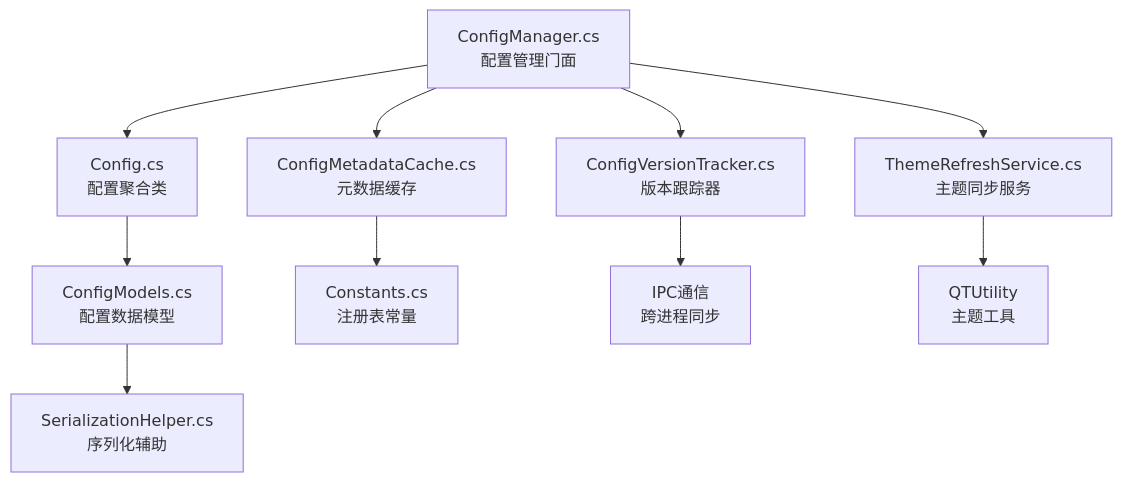
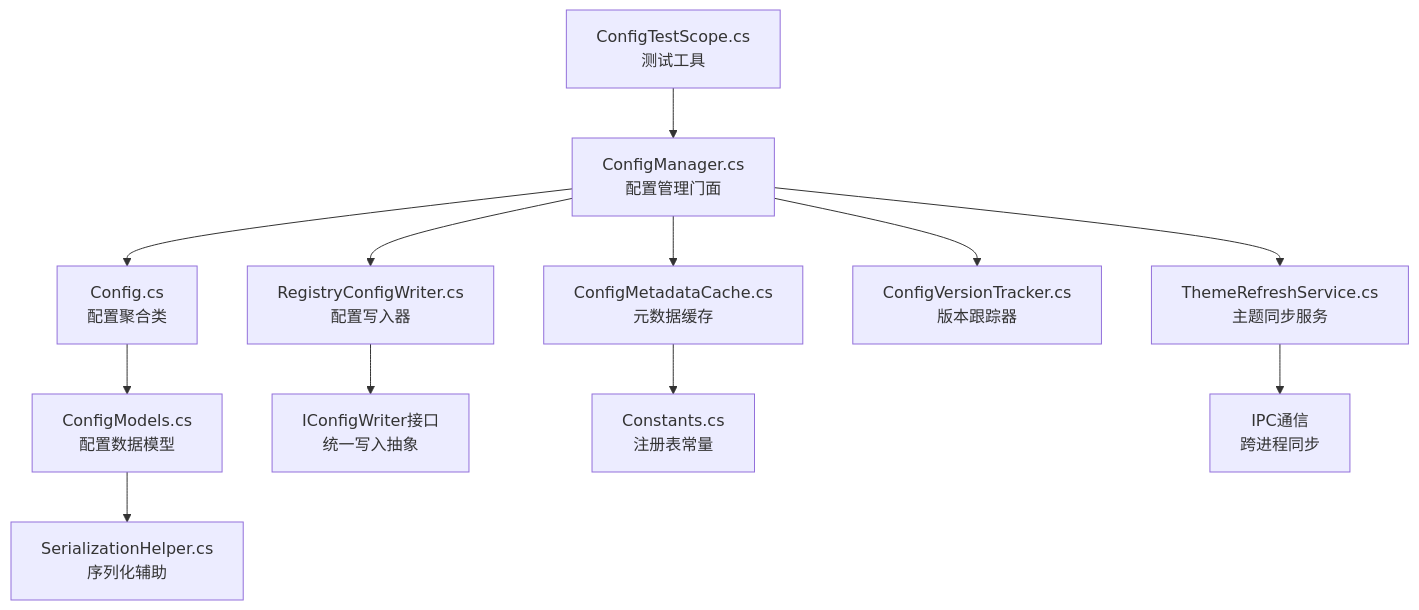
The first of 5 diagrams in .qoder/repowiki/zh/content/架构设计/配置管理系统/配置管理系统.md (rainiva/QTTabBar-Next), drawn with Mermaid before and after one commit. The commit also changed other lines of this file and 415 other files, not shown here.

````diff
--- a/.qoder/repowiki/zh/content/架构设计/配置管理系统/配置管理系统.md
+++ b/.qoder/repowiki/zh/content/架构设计/配置管理系统/配置管理系统.md
@@ -51,12 +53,14 @@
 ```mermaid
 graph TB
-A["ConfigManager.cs<br/>配置管理门面"] --> B["ConfigMetadataCache.cs<br/>元数据缓存"]
-A --> C["ThemeRefreshService.cs<br/>主题同步服务"]
-A --> D["ConfigVersionTracker.cs<br/>版本跟踪器"]
-A --> E["Config.cs<br/>配置聚合类"]
-E --> F["ConfigModels.cs<br/>配置数据模型"]
-B --> G["Constants.cs<br/>注册表常量"]
-F --> H["SerializationHelper.cs<br/>序列化辅助"]
-D --> I["IPC通信<br/>跨进程同步"]
-C --> J["QTUtility<br/>主题工具"]
+A["ConfigManager.cs<br/>配置管理门面"] --> B["RegistryConfigWriter.cs<br/>配置写入器"]
+A --> C["ConfigMetadataCache.cs<br/>元数据缓存"]
+A --> D["ThemeRefreshService.cs<br/>主题同步服务"]
+A --> E["ConfigVersionTracker.cs<br/>版本跟踪器"]
+A --> F["Config.cs<br/>配置聚合类"]
+F --> G["ConfigModels.cs<br/>配置数据模型"]
+B --> H["IConfigWriter接口<br/>统一写入抽象"]
+C --> I["Constants.cs<br/>注册表常量"]
+G --> J["SerializationHelper.cs<br/>序列化辅助"]
+D --> K["IPC通信<br/>跨进程同步"]
+L["ConfigTestScope.cs<br/>测试工具"] --> A
 ```
````
